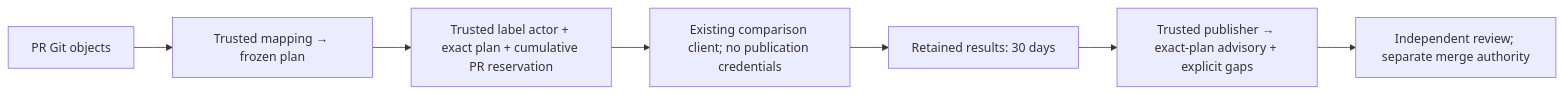
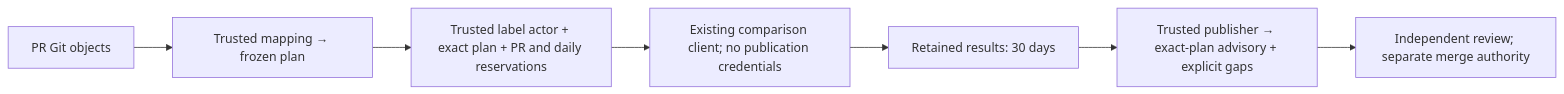
One commit to InferMatrixLab/InferRSI changed the diagram in docs/skill-eval-pr.md. Above: the diagram before and after it, drawn with Mermaid. The commit also changed other lines of this file and 26 other files, not shown here.

````diff
--- a/docs/skill-eval-pr.md
+++ b/docs/skill-eval-pr.md
@@ -7,9 +7,9 @@
 ```mermaid
 flowchart LR
     A["PR Git objects"] --> B["Trusted mapping → frozen plan"]
-    B --> C["Trusted label actor + exact plan + cumulative PR reservation"]
+    B --> C["Trusted label actor + exact plan + PR and daily reservations"]
     C --> D["Existing comparison client; no publication credentials"]
     D --> E["Retained results: 30 days"]
     E --> F["Trusted publisher → exact-plan advisory + explicit gaps"]
     F --> G["Independent review; separate merge authority"]
 ```
````
